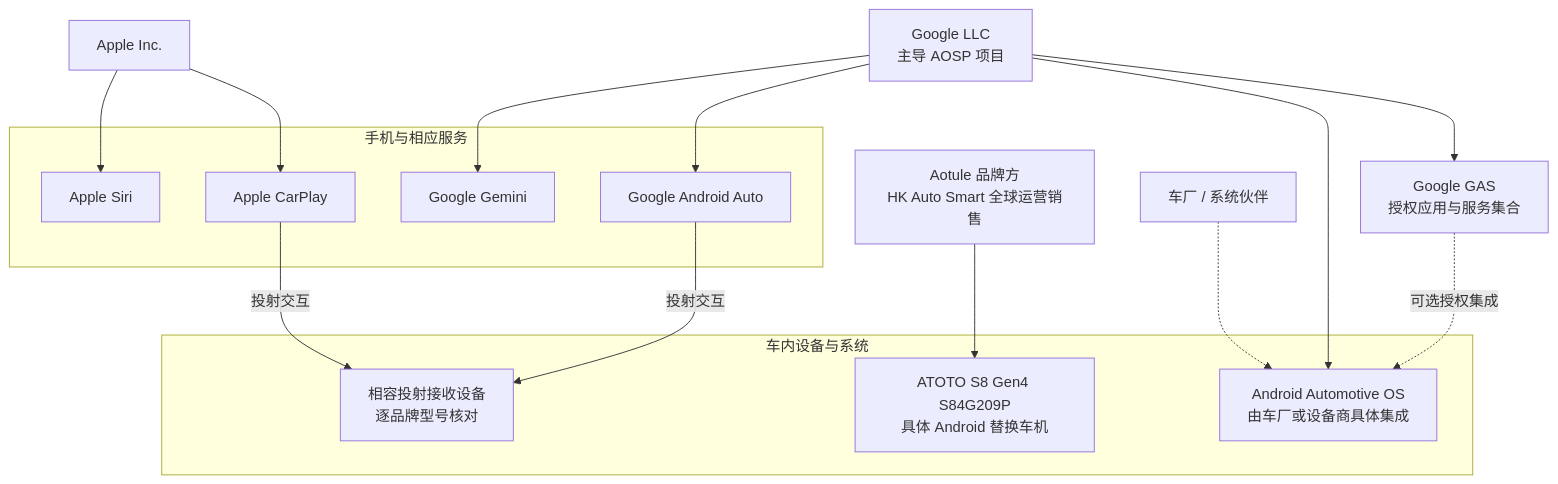
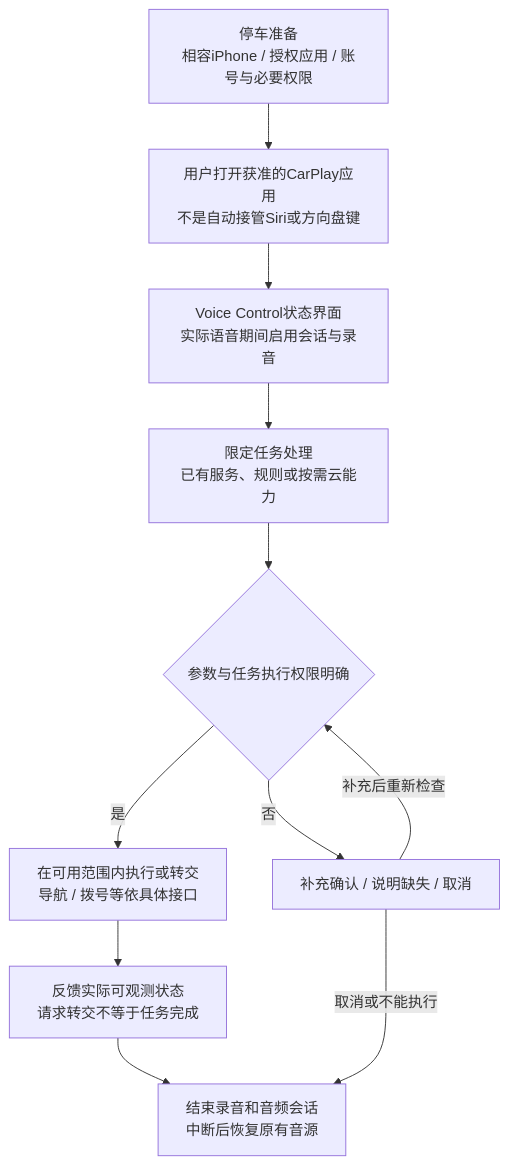
Before and after one commit to DreamSoul-AI/in-vehicle-ai-research: the diagram in dist/diagrams/fig-04.mmd, drawn with Mermaid. The commit also changed 51 other files, not shown here.

```diff
--- a/dist/diagrams/fig-04.mmd
+++ b/dist/diagrams/fig-04.mmd
@@ -1,34 +1,16 @@
-%% title: 平台、具体产品与公司关系
-%% 分析示意；实线表示提供、实现或投射，虚线表示授权或具体系统集成条件。
+%% title: 可选CarPlay语音应用的完整任务流程
+%% 分析示意；这是需要新增软件或合作的路线，不是已具备能力。
 %% 来源 https://developer.apple.com/carplay/
-%% 来源 https://source.android.com/docs/setup/about
-%% 来源 https://source.android.com/docs/automotive/start/what_automotive
-%% 来源 https://www.atotodirect.com/en-gb/pages/about-atoto
+%% 来源 https://developer.apple.com/download/files/CarPlay-Developer-Guide.pdf
+%% 来源 https://developer.apple.com/videos/play/wwdc2026/212/
 flowchart TB
-  APPLE["Apple Inc."]
-  GOOGLE["Google LLC<br/>主导 AOSP 项目"]
-  AOTULE["Aotule 品牌方<br/>HK Auto Smart 全球运营销售"]
-  subgraph PHONE["手机与相应服务"]
-    SIRI["Apple Siri"]
-    GEMINI["Google Gemini"]
-    CP["Apple CarPlay"]
-    AA["Google Android Auto"]
-  end
-  subgraph CAR["车内设备与系统"]
-    SCREEN["相容投射接收设备<br/>逐品牌型号核对"]
-    AAOS["Android Automotive OS<br/>由车厂或设备商具体集成"]
-    ATOTO["ATOTO S8 Gen4 S84G209P<br/>具体 Android 替换车机"]
-  end
-  GAS["Google GAS<br/>授权应用与服务集合"]
-  OEM["车厂 / 系统伙伴"]
-  APPLE --> SIRI
-  APPLE --> CP
-  GOOGLE --> GEMINI
-  GOOGLE --> AA
-  GOOGLE --> AAOS
-  GOOGLE --> GAS
-  GAS -.->|"可选授权集成"| AAOS
-  OEM -.-> AAOS
-  CP -->|"投射交互"| SCREEN
-  AA -->|"投射交互"| SCREEN
-  AOTULE --> ATOTO
+  SETUP["停车准备<br/>相容iPhone / 授权应用 / 账号与必要权限"] --> ENTRY["用户打开获准的CarPlay应用<br/>不是自动接管Siri或方向盘键"]
+  ENTRY --> LISTEN["Voice Control状态界面<br/>实际语音期间启用会话与录音"]
+  LISTEN --> TASK["限定任务处理<br/>已有服务、规则或按需云能力"]
+  TASK --> CHECK{"参数与任务执行权限明确"}
+  CHECK -->|"是"| ACTION["在可用范围内执行或转交<br/>导航 / 拨号等依具体接口"]
+  CHECK -->|"否"| CONFIRM["补充确认 / 说明缺失 / 取消"]
+  CONFIRM -->|"补充后重新检查"| CHECK
+  ACTION --> RESULT["反馈实际可观测状态<br/>请求转交不等于任务完成"]
+  RESULT --> END["结束录音和音频会话<br/>中断后恢复原有音源"]
+  CONFIRM -->|"取消或不能执行"| END
```
